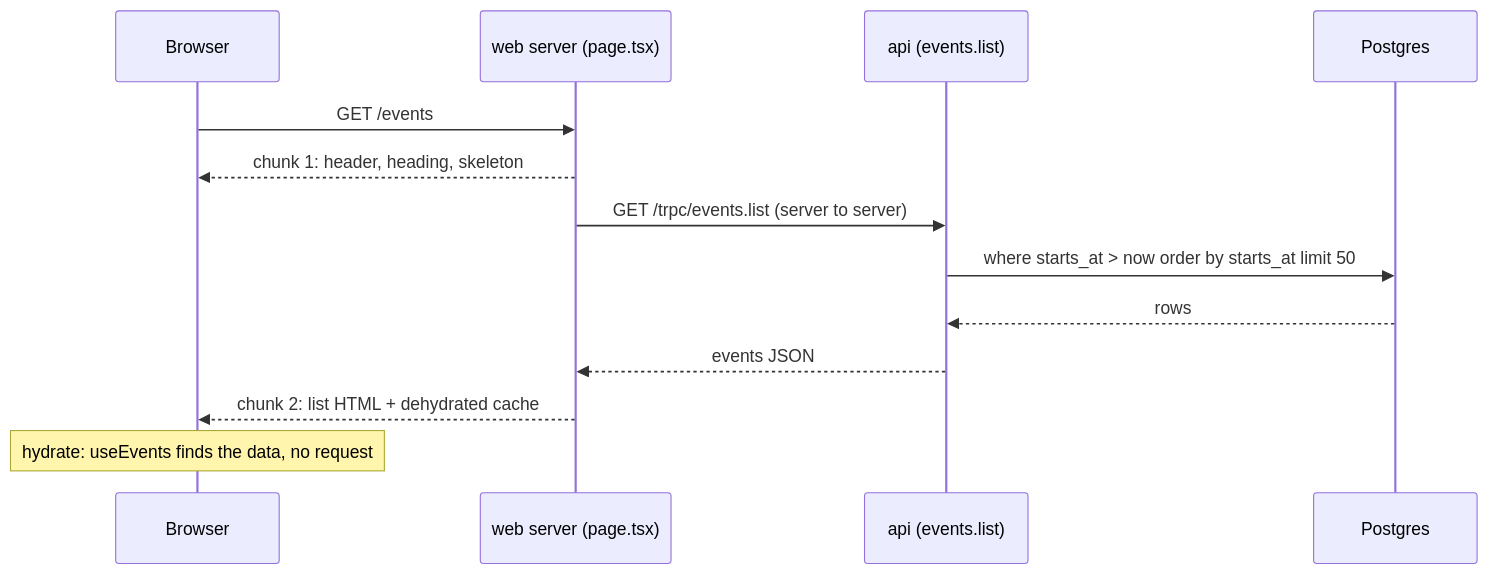
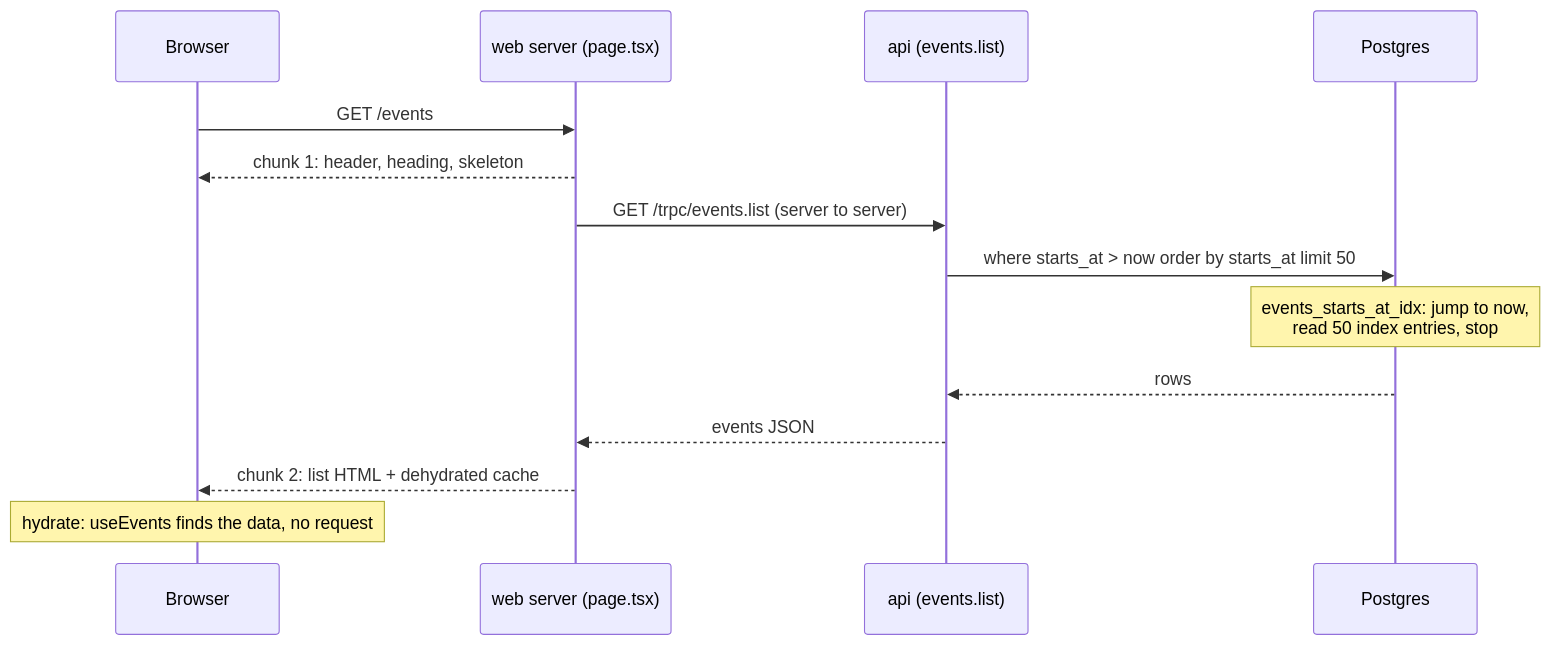
Diagram 13 of 21 in docs/handbook/app-story.md (maheshnd/minitickets), drawn with Mermaid before and after one commit. The commit also changed other lines of this file and 13 other files, not shown here.

Commit message:
feat(events): index on events.starts_at, EXPLAIN ANALYZE explained

````diff
--- a/docs/handbook/app-story.md
+++ b/docs/handbook/app-story.md
@@ -823,15 +823,16 @@
 ```mermaid
 sequenceDiagram
     participant B as Browser
     participant W as web server (page.tsx)
     participant A as api (events.list)
     participant D as Postgres
     B->>W: GET /events
     W-->>B: chunk 1: header, heading, skeleton
     W->>A: GET /trpc/events.list (server to server)
     A->>D: where starts_at > now order by starts_at limit 50
+    Note over D: events_starts_at_idx: jump to now,<br/>read 50 index entries, stop
     D-->>A: rows
     A-->>W: events JSON
     W-->>B: chunk 2: list HTML + dehydrated cache
     Note over B: hydrate: useEvents finds the data, no request
 ```
````
